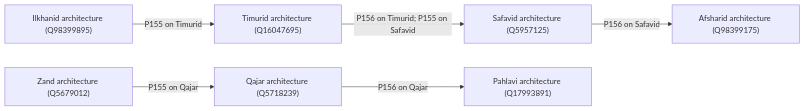
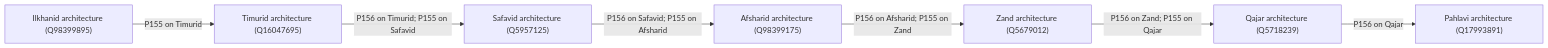
Before and after one commit to MehranDHN/persarch: the second of 2 diagrams in wikidata/Wikidata_Persian_Architecture_Authority_Report.md, drawn with Mermaid. The commit also changed other lines of this file, not shown here.

Commit message:
Fix the diagram

````diff
--- a/wikidata/Wikidata_Persian_Architecture_Authority_Report.md
+++ b/wikidata/Wikidata_Persian_Architecture_Authority_Report.md
@@ -177,8 +177,9 @@
 ```mermaid
 flowchart LR
     ilkhanid["Ilkhanid architecture (Q98399895)"] -->|P155 on Timurid| timurid["Timurid architecture (Q16047695)"]
     timurid -->|P156 on Timurid; P155 on Safavid| safavid["Safavid architecture (Q5957125)"]
-    safavid -->|P156 on Safavid| afsharid["Afsharid architecture (Q98399175)"]
-    zand["Zand architecture (Q5679012)"] -->|P155 on Qajar| qajar["Qajar architecture (Q5718239)"]
+    safavid -->|P156 on Safavid; P155 on Afsharid| afsharid["Afsharid architecture (Q98399175)"]
+    afsharid -->|P156 on Afsharid; P155 on Zand| zand["Zand architecture (Q5679012)"]
+    zand -->|P156 on Zand; P155 on Qajar| qajar["Qajar architecture (Q5718239)"]
     qajar -->|P156 on Qajar| pahlavi["Pahlavi architecture (Q17993891)"]
 ```
````
